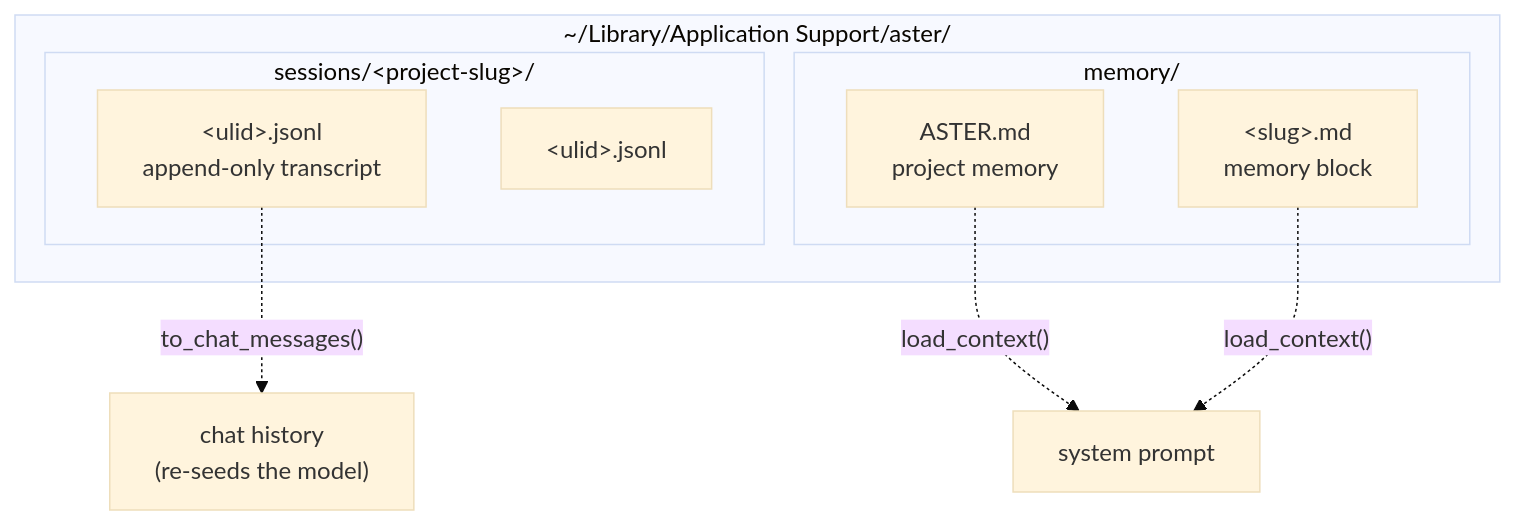
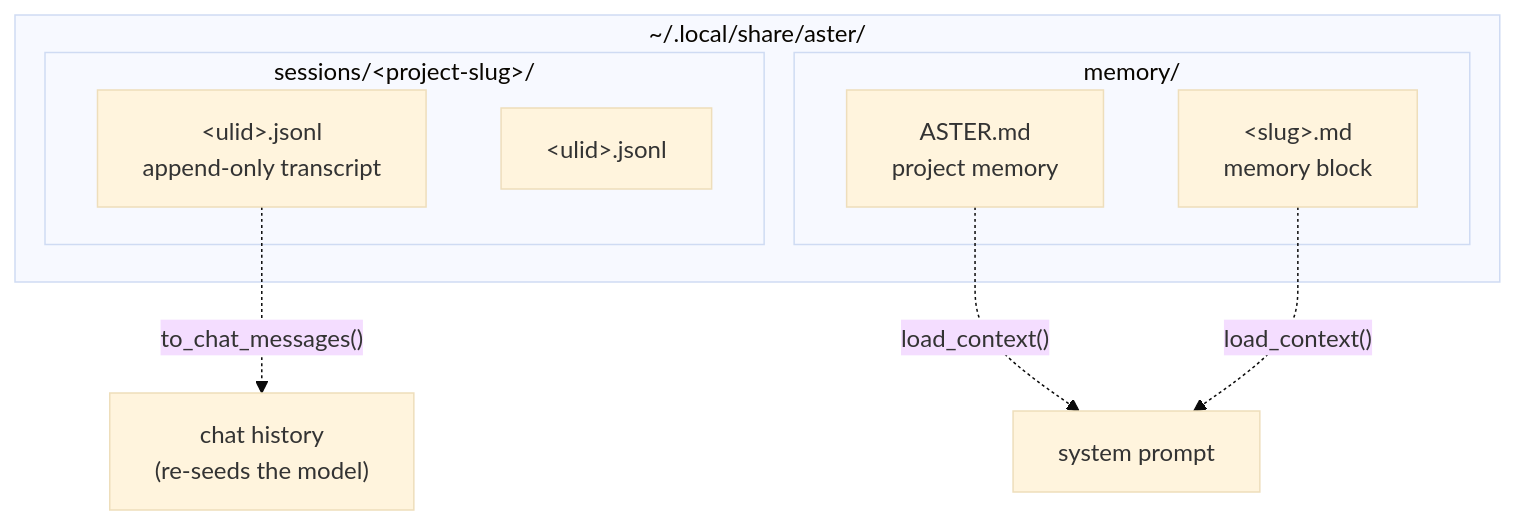
One commit to Zfinix/aster changed the first of 4 diagrams in docs/MEMORY.md. Above: the diagram before and after it, drawn with Mermaid (base theme). The commit also changed other lines of this file and 14 other files, not shown here.

````diff
--- a/docs/MEMORY.md
+++ b/docs/MEMORY.md
@@ -34,16 +34,16 @@
 ```mermaid
 graph TD
-    subgraph Home["~/Library/Application Support/aster/"]
+    subgraph Home["~/.local/share/aster/"]
         subgraph Sessions["sessions/&lt;project-slug&gt;/"]
             T1["&lt;ulid&gt;.jsonl<br/>append-only transcript"]
             T2["&lt;ulid&gt;.jsonl"]
         end
         subgraph Memory["memory/"]
             M1["ASTER.md<br/>project memory"]
             M2["&lt;slug&gt;.md<br/>memory block"]
         end
     end
     T1 -. "to_chat_messages()" .-> Ctx["chat history<br/>(re-seeds the model)"]
     M1 -. "load_context()" .-> Sys["system prompt"]
     M2 -. "load_context()" .-> Sys
 ```
````
